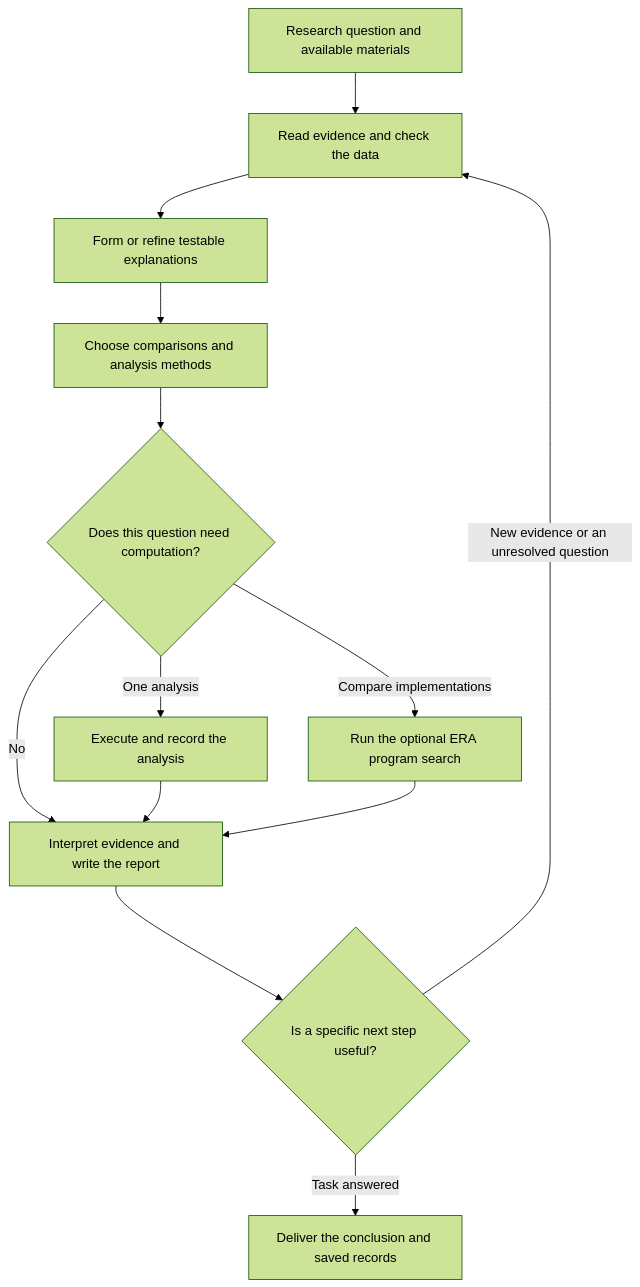
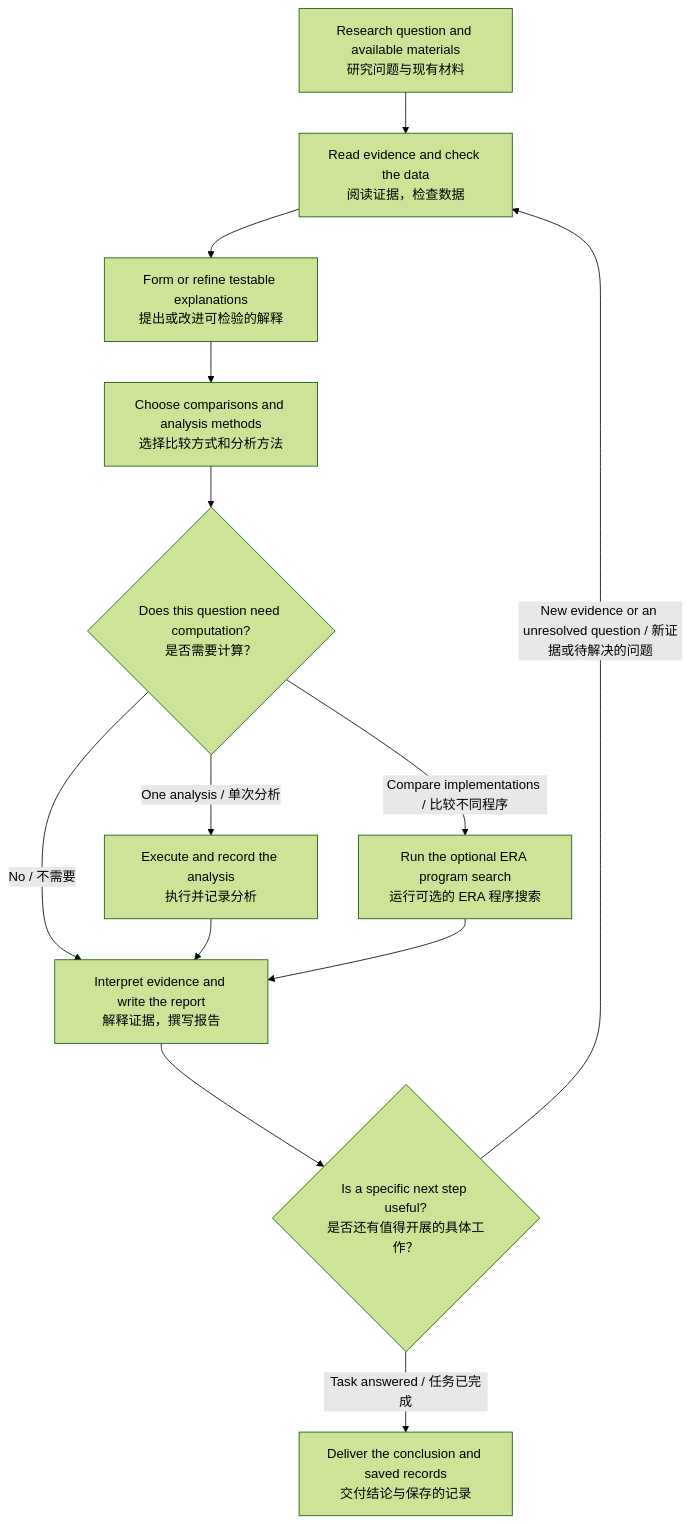
The diagram in README.md (SUAT-ZhangLab/ResearchWeave), drawn with Mermaid (forest theme) before and after one commit. The commit also changed other lines of this file and 1 other file, not shown here.

````diff
--- a/README.md
+++ b/README.md
@@ -144,15 +278,15 @@
 ```mermaid
 flowchart TD
-    A[Research question and available materials] --> B[Read evidence and check the data]
-    B --> C[Form or refine testable explanations]
-    C --> D[Choose comparisons and analysis methods]
-    D --> E{Does this question need computation?}
-    E -->|No| H[Interpret evidence and write the report]
-    E -->|One analysis| F[Execute and record the analysis]
-    E -->|Compare implementations| G[Run the optional ERA program search]
+    A["Research question and available materials<br/>研究问题与现有材料"] --> B["Read evidence and check the data<br/>阅读证据，检查数据"]
+    B --> C["Form or refine testable explanations<br/>提出或改进可检验的解释"]
+    C --> D["Choose comparisons and analysis methods<br/>选择比较方式和分析方法"]
+    D --> E{"Does this question need computation?<br/>是否需要计算？"}
+    E -->|No / 不需要| H["Interpret evidence and write the report<br/>解释证据，撰写报告"]
+    E -->|One analysis / 单次分析| F["Execute and record the analysis<br/>执行并记录分析"]
+    E -->|Compare implementations / 比较不同程序| G["Run the optional ERA program search<br/>运行可选的 ERA 程序搜索"]
     F --> H
     G --> H
-    H --> I{Is a specific next step useful?}
-    I -->|New evidence or an unresolved question| B
-    I -->|Task answered| J[Deliver the conclusion and saved records]
+    H --> I{"Is a specific next step useful?<br/>是否还有值得开展的具体工作？"}
+    I -->|New evidence or an unresolved question / 新证据或待解决的问题| B
+    I -->|Task answered / 任务已完成| J["Deliver the conclusion and saved records<br/>交付结论与保存的记录"]
 ```
````
